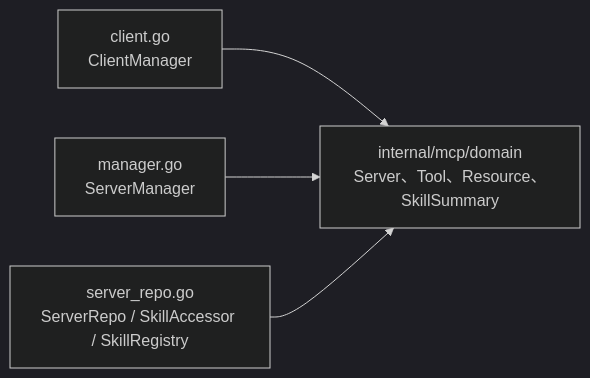
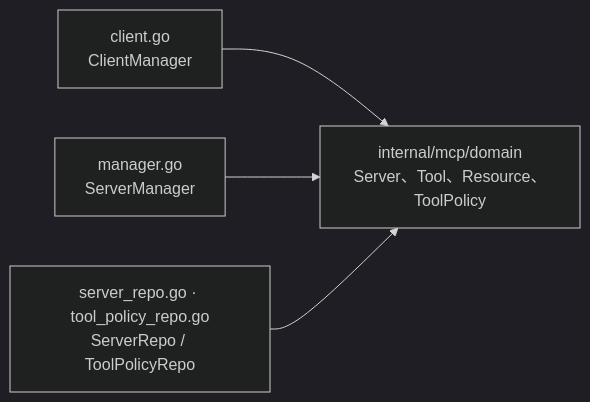
Before and after one commit to ArchChuan/Stratum: the diagram in docs/go-package-architecture/internal-mcp-domain-port.md, drawn with Mermaid (dark theme). The commit also changed other lines of this file and 26 other files, not shown here.

````diff
--- a/docs/go-package-architecture/internal-mcp-domain-port.md
+++ b/docs/go-package-architecture/internal-mcp-domain-port.md
@@ -7,10 +7,10 @@
 ```mermaid
 flowchart LR
   client["client.go<br/>ClientManager"]
   manager["manager.go<br/>ServerManager"]
-  repo["server_repo.go<br/>ServerRepo / SkillAccessor / SkillRegistry"]
-  domain["internal/mcp/domain<br/>Server、Tool、Resource、SkillSummary"]
+  repo["server_repo.go · tool_policy_repo.go<br/>ServerRepo / ToolPolicyRepo"]
+  domain["internal/mcp/domain<br/>Server、Tool、Resource、ToolPolicy"]
   client --> domain
   manager --> domain
   repo --> domain
 ```
````
